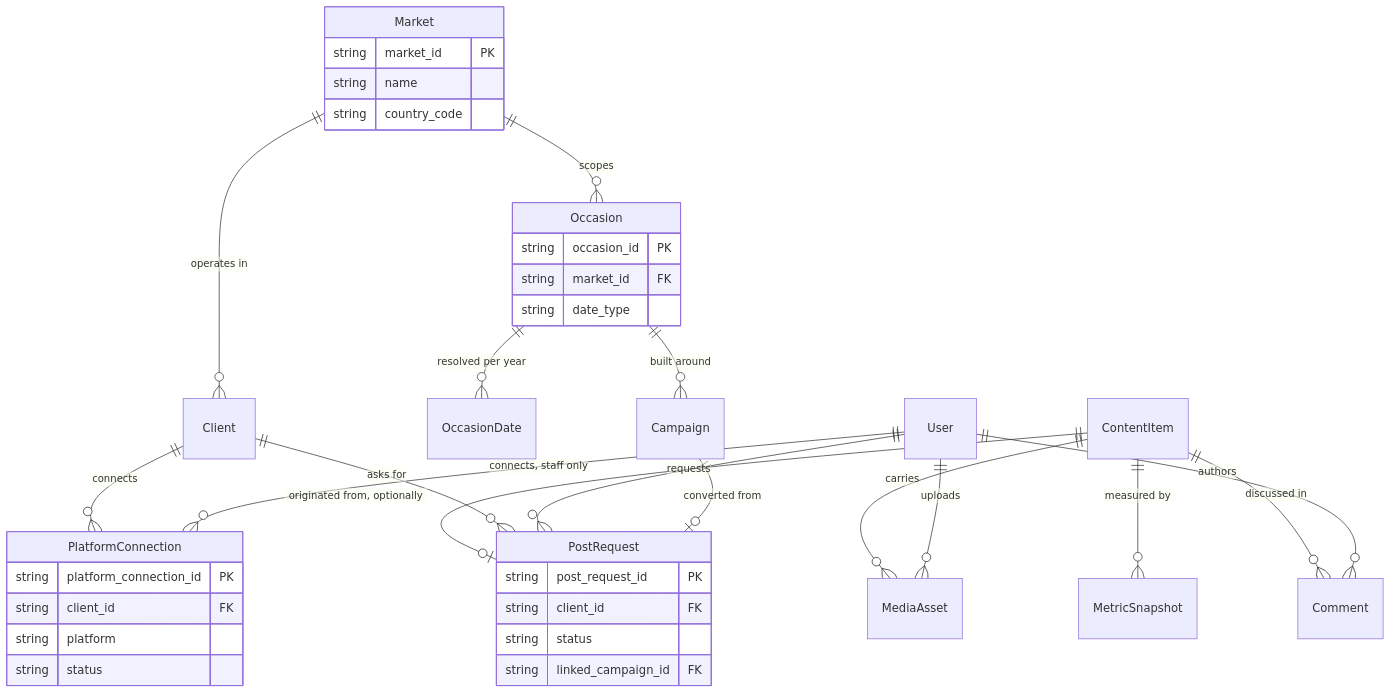
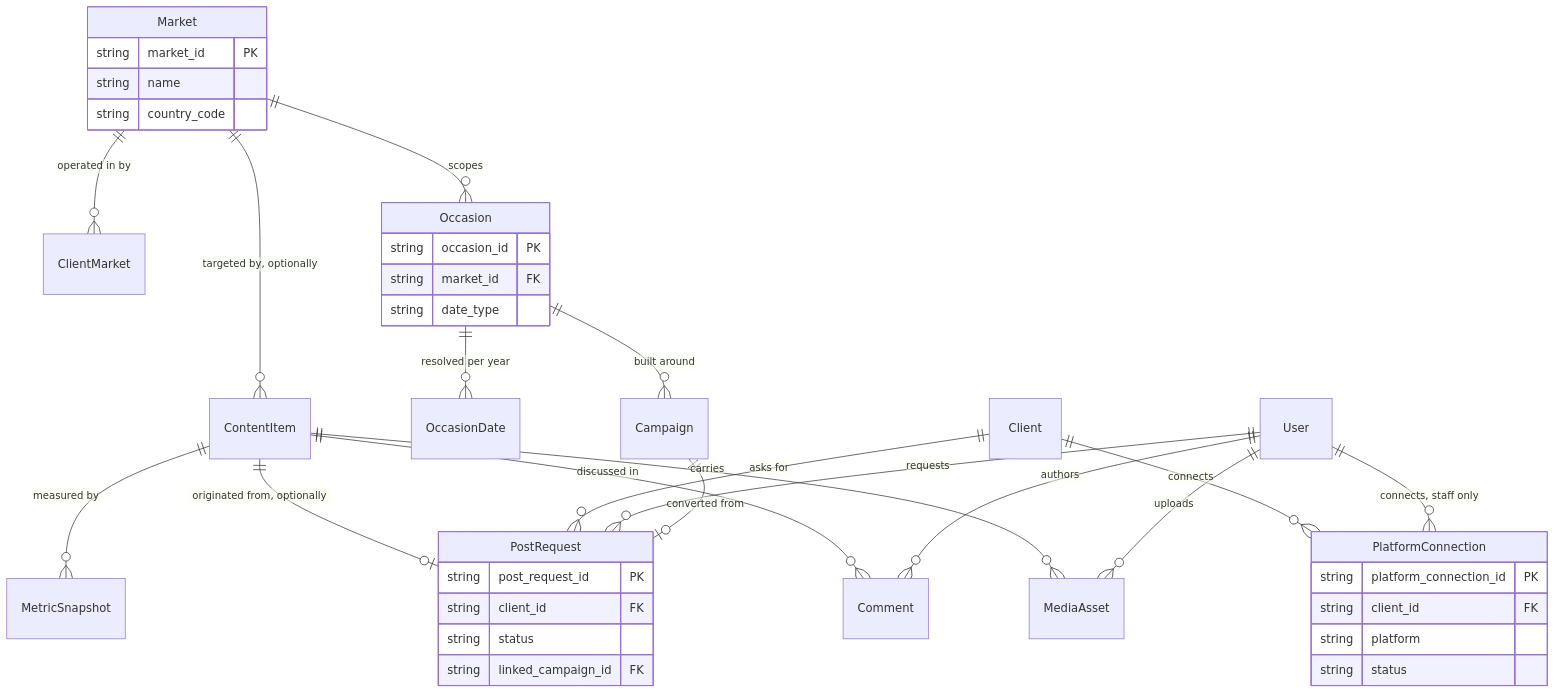
Before and after one commit to amrhsn74/SkipDistances: the second of 2 diagrams in data_schema_erd.md, drawn with Mermaid. The commit also changed other lines of this file and 3 other files, not shown here.

````diff
--- a/data_schema_erd.md
+++ b/data_schema_erd.md
@@ -309,46 +325,47 @@
 ```mermaid
 erDiagram
-    Market ||--o{ Client : "operates in"
+    Market ||--o{ ClientMarket : "operated in by"
     Market ||--o{ Occasion : scopes
+    Market ||--o{ ContentItem : "targeted by, optionally"
 
     Occasion ||--o{ OccasionDate : "resolved per year"
     Occasion ||--o{ Campaign : "built around"
 
     ContentItem ||--o{ MediaAsset : "carries"
     ContentItem ||--o{ MetricSnapshot : "measured by"
     ContentItem ||--o{ Comment : "discussed in"
     ContentItem ||--o| PostRequest : "originated from, optionally"
 
     Client ||--o{ PlatformConnection : connects
     Client ||--o{ PostRequest : "asks for"
 
     User ||--o{ PostRequest : requests
     User ||--o{ Comment : authors
     User ||--o{ MediaAsset : uploads
     User ||--o{ PlatformConnection : "connects, staff only"
 
     Campaign ||--o| PostRequest : "converted from"
 
     Market {
         string market_id PK
         string name
         string country_code
     }
     Occasion {
         string occasion_id PK
         string market_id FK
         string date_type
     }
     PlatformConnection {
         string platform_connection_id PK
         string client_id FK
         string platform
         string status
     }
     PostRequest {
         string post_request_id PK
         string client_id FK
         string status
         string linked_campaign_id FK
     }
 ```
````
